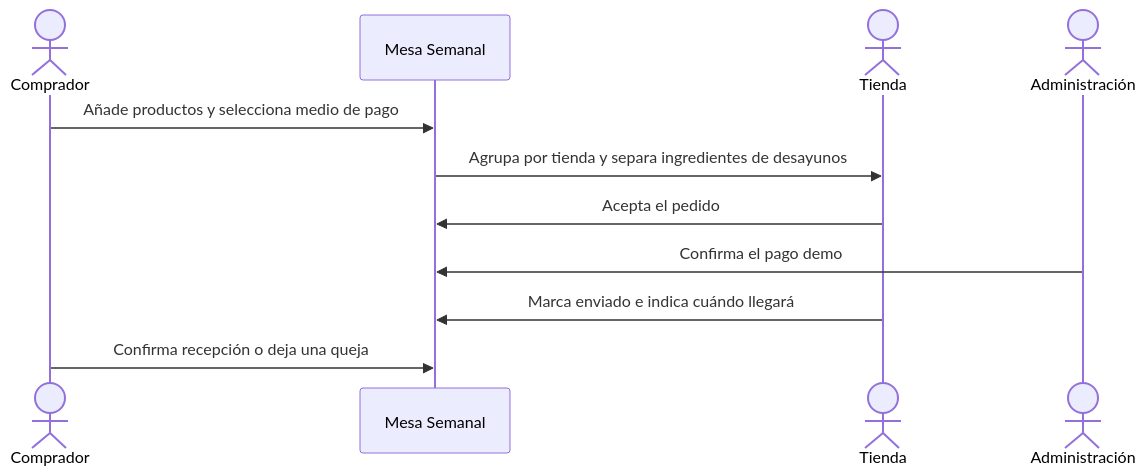
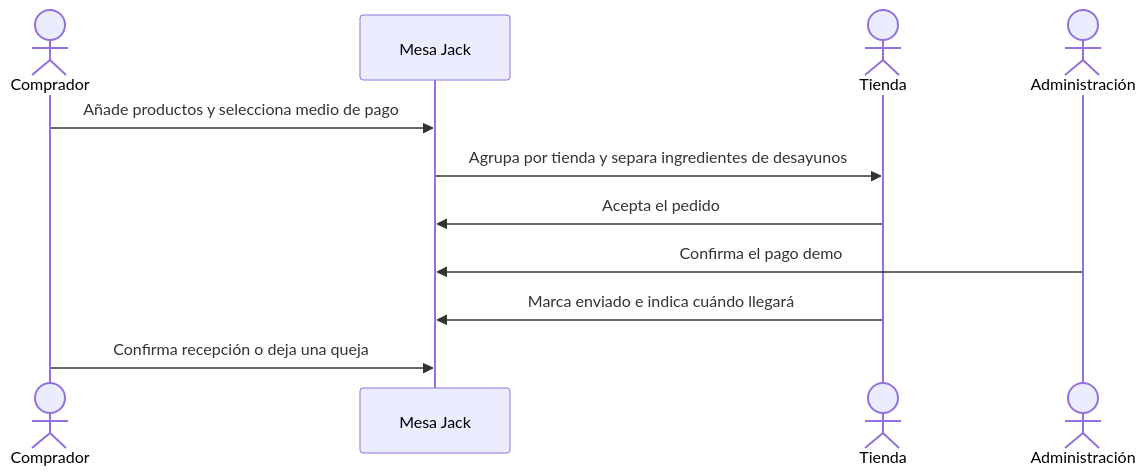
The second of 2 diagrams in CASOS-DE-USO.md (Aarooness/mesa-semanal-jack), drawn with Mermaid before and after one commit. The commit also changed other lines of this file and 25 other files, not shown here.

Commit message:
Publica Mesa Jack con lista Premium, extensiones e informe del proyecto

````diff
--- a/CASOS-DE-USO.md
+++ b/CASOS-DE-USO.md
@@ -33,13 +33,13 @@
 ```mermaid
 sequenceDiagram
  actor U as Comprador
- participant M as Mesa Semanal
+ participant M as Mesa Jack
  actor T as Tienda
  actor A as Administración
  U->>M: Añade productos y selecciona medio de pago
  M->>T: Agrupa por tienda y separa ingredientes de desayunos
  T->>M: Acepta el pedido
  A->>M: Confirma el pago demo
  T->>M: Marca enviado e indica cuándo llegará
  U->>M: Confirma recepción o deja una queja
 ```
````
